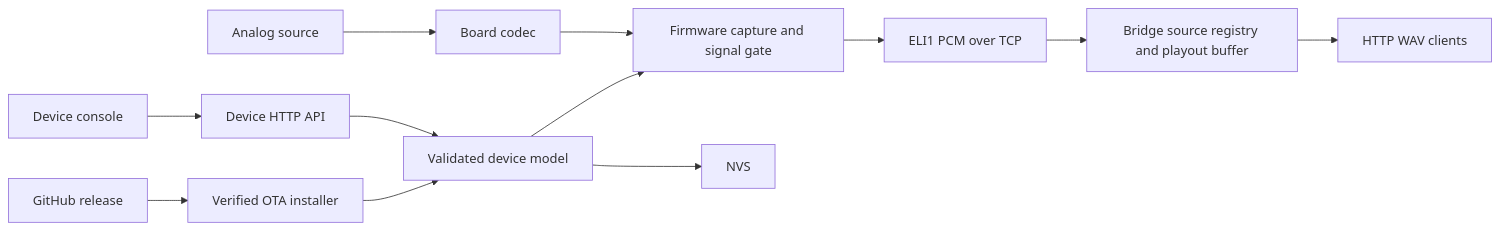
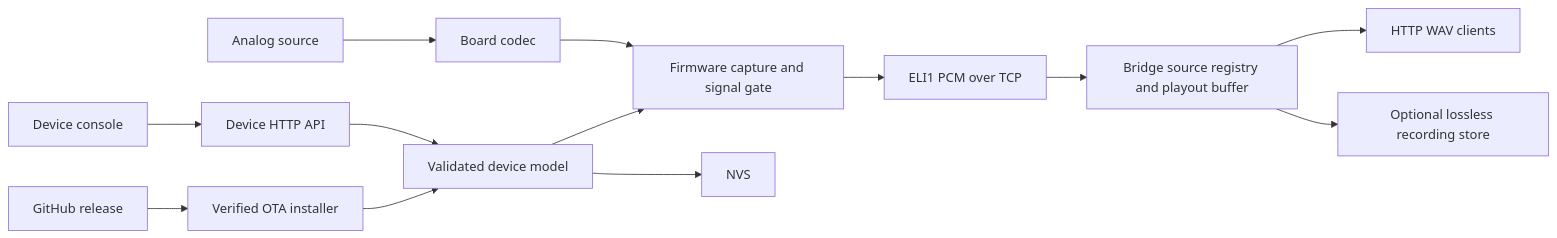
One commit to lutyjj/esp32-streamline changed the first of 2 diagrams in docs/architecture.md. Above: the diagram before and after it, drawn with Mermaid. The commit also changed other lines of this file and 4 other files, not shown here.

Commit message:
docs: design lossless bridge recordings

````diff
--- a/docs/architecture.md
+++ b/docs/architecture.md
@@ -9,16 +9,17 @@
 ```mermaid
 flowchart LR
   input["Analog source"] --> codec["Board codec"]
   codec --> capture["Firmware capture and signal gate"]
   capture --> tcp["ELI1 PCM over TCP"]
   tcp --> bridge["Bridge source registry and playout buffer"]
   bridge --> wav["HTTP WAV clients"]
+  bridge --> recording["Optional lossless recording store"]
 
   browser["Device console"] --> api["Device HTTP API"]
   api --> config["Validated device model"]
   config --> nvs["NVS"]
   config --> capture
 
   release["GitHub release"] --> ota["Verified OTA installer"]
   ota --> config
 ```
````
